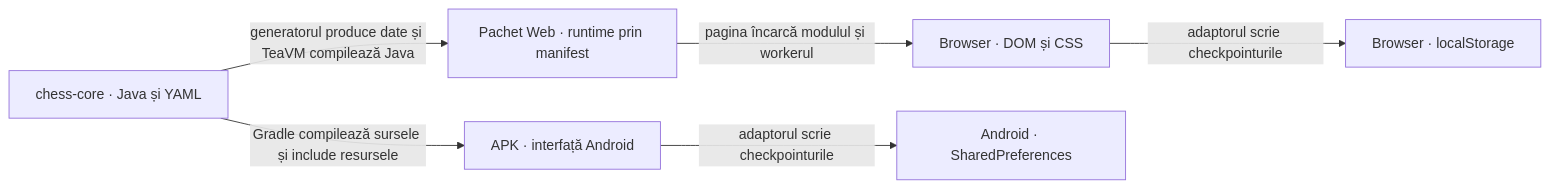
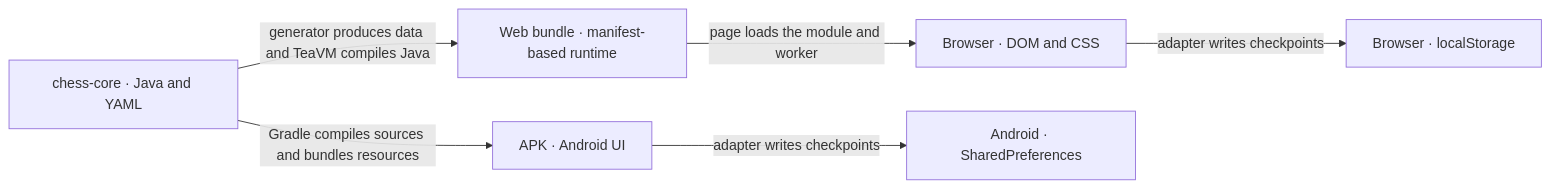
Before and after one commit to crististefanita/atf_j7: the diagram in web/README.md, drawn with Mermaid. The commit also changed other lines of this file and 30 other files, not shown here.

````diff
--- a/web/README.md
+++ b/web/README.md
@@ -15,8 +15,8 @@
 ```mermaid
 flowchart LR
-    Core["chess-core · Java și YAML"] -->|Gradle compilează sursele și include resursele| Native["APK · interfață Android"]
-    Core -->|generatorul produce date și TeaVM compilează Java| Bundle["Pachet Web · runtime prin manifest"]
-    Bundle -->|pagina încarcă modulul și workerul| Browser["Browser · DOM și CSS"]
-    Native -->|adaptorul scrie checkpointurile| Prefs["Android · SharedPreferences"]
-    Browser -->|adaptorul scrie checkpointurile| Local["Browser · localStorage"]
+    Core["chess-core · Java and YAML"] -->|Gradle compiles sources and bundles resources| Native["APK · Android UI"]
+    Core -->|generator produces data and TeaVM compiles Java| Bundle["Web bundle · manifest-based runtime"]
+    Bundle -->|page loads the module and worker| Browser["Browser · DOM and CSS"]
+    Native -->|adapter writes checkpoints| Prefs["Android · SharedPreferences"]
+    Browser -->|adapter writes checkpoints| Local["Browser · localStorage"]
 ```
````
